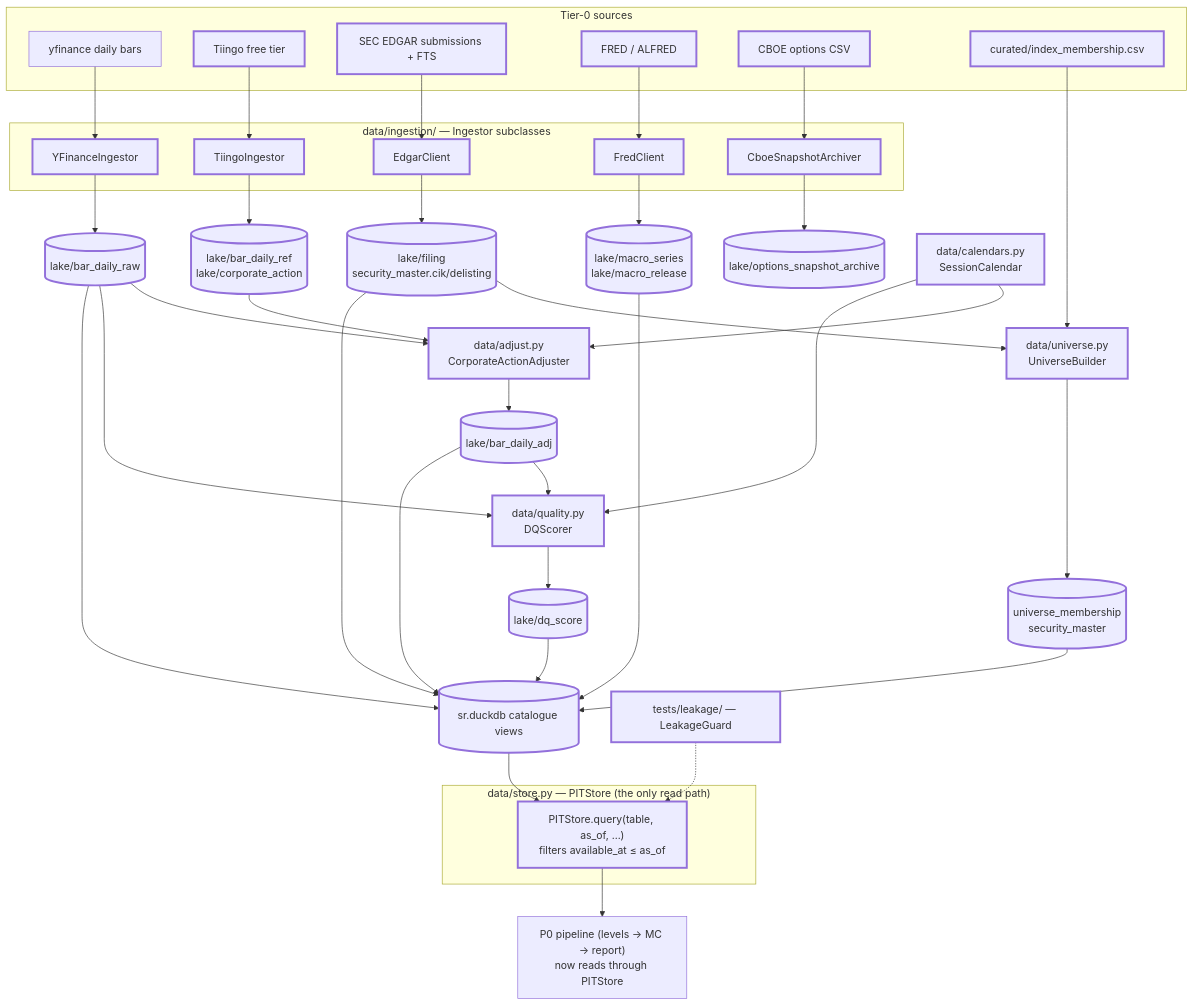
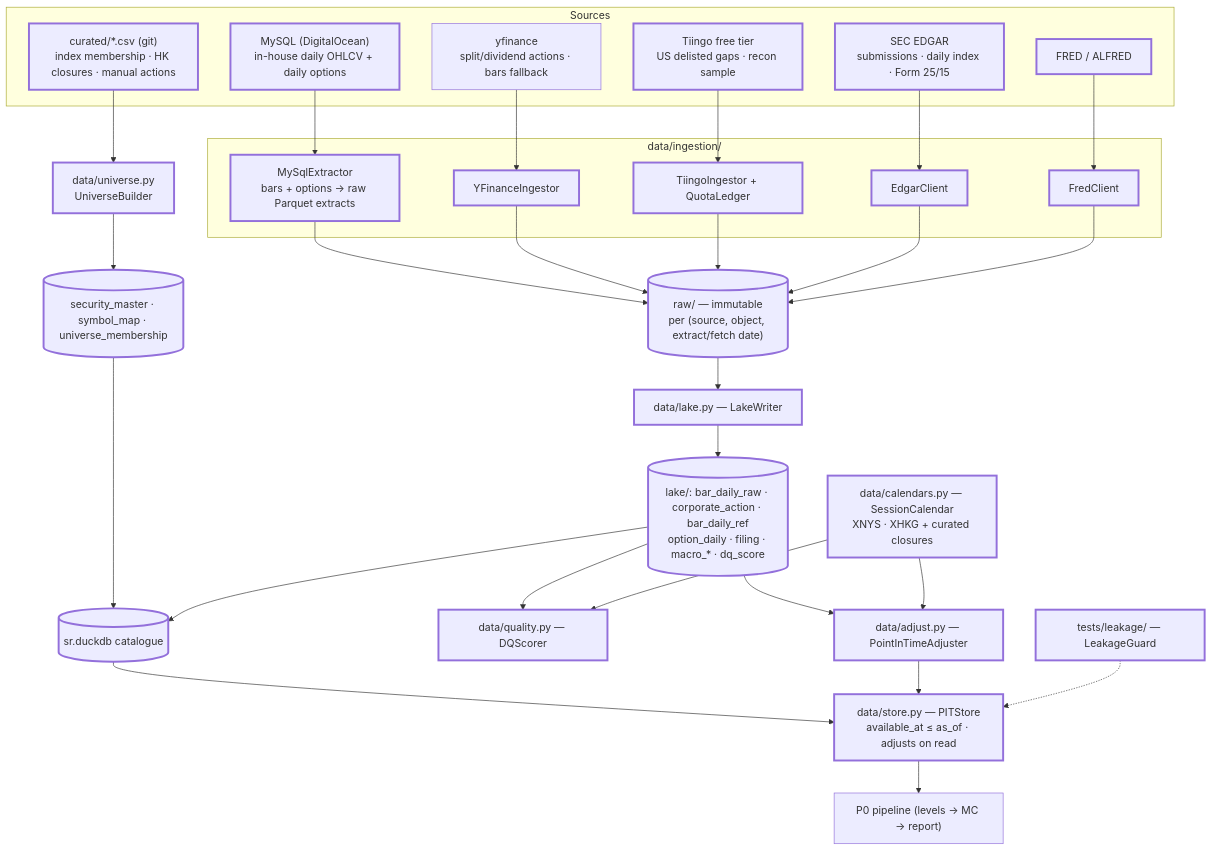
Before and after one commit to Neural-Matrix-LLC/Support-Resistance-Agent: the sixth of 29 diagrams in docs/SR_Technical_Document.md, drawn with Mermaid. The commit also changed other lines of this file and 3 other files, not shown here.

````diff
--- a/docs/SR_Technical_Document.md
+++ b/docs/SR_Technical_Document.md
@@ -650,46 +679,36 @@
 ```mermaid
 flowchart TB
-    subgraph SRC["Tier-0 sources"]
-        STOOQ["yfinance daily bars"]
-        TIINGO["Tiingo free tier"]:::new
-        EDGAR["SEC EDGAR submissions + FTS"]:::new
-        FRED["FRED / ALFRED"]:::new
-        CBOE["CBOE options CSV"]:::new
-        CUR["curated/index_membership.csv"]:::new
+    subgraph SRC["Sources"]
+        MY["MySQL (DigitalOcean)<br/>in-house daily OHLCV + daily options"]:::new
+        YF["yfinance<br/>split/dividend actions · bars fallback"]
+        TI["Tiingo free tier<br/>US delisted gaps · recon sample"]:::new
+        ED["SEC EDGAR<br/>submissions · daily index · Form 25/15"]:::new
+        FR["FRED / ALFRED"]:::new
+        CUR["curated/*.csv (git)<br/>index membership · HK closures · manual actions"]:::new
     end
-    subgraph ING["data/ingestion/ — Ingestor subclasses"]
+    subgraph ING["data/ingestion/"]
+        I0["MySqlExtractor<br/>bars + options → raw Parquet extracts"]:::new
         I1["YFinanceIngestor"]:::new
-        I2["TiingoIngestor"]:::new
+        I2["TiingoIngestor + QuotaLedger"]:::new
         I3["EdgarClient"]:::new
         I4["FredClient"]:::new
-        I5["CboeSnapshotArchiver"]:::new
     end
-    STOOQ --> I1
-    TIINGO --> I2
-    EDGAR --> I3
-    FRED --> I4
-    CBOE --> I5
-    I1 --> RAW[("lake/bar_daily_raw")]:::new
-    I2 --> REF[("lake/bar_daily_ref\nlake/corporate_action")]:::new
-    I3 --> FIL[("lake/filing\nsecurity_master.cik/delisting")]:::new
-    I4 --> MAC[("lake/macro_series\nlake/macro_release")]:::new
-    I5 --> OPT[("lake/options_snapshot_archive")]:::new
-    CUR --> UB["data/universe.py\nUniverseBuilder"]:::new
-    FIL --> UB
-    UB --> UM[("universe_membership\nsecurity_master")]:::new
-    RAW --> ADJ["data/adjust.py\nCorporateActionAdjuster"]:::new
-    REF --> ADJ
-    ADJ --> ADJT[("lake/bar_daily_adj")]:::new
-    RAW --> DQ["data/quality.py\nDQScorer"]:::new
-    ADJT --> DQ
-    DQ --> DQT[("lake/dq_score")]:::new
-    CAL["data/calendars.py\nSessionCalendar"]:::new --> ADJ
-    CAL --> DQ
-    subgraph STORE["data/store.py — PITStore (the only read path)"]
-        PIT["PITStore.query(table, as_of, …)\nfilters available_at ≤ as_of"]:::new
-    end
-    RAW & ADJT & UM & FIL & MAC & DQT --> DUCK[("sr.duckdb catalogue views")]:::new --> PIT
-    PIT --> P0["P0 pipeline (levels → MC → report)\nnow reads through PITStore"]
+    MY --> I0
+    YF --> I1
+    TI --> I2
+    ED --> I3
+    FR --> I4
+    I0 & I1 & I2 & I3 & I4 --> RAW[("raw/ — immutable<br/>per (source, object, extract/fetch date)")]:::new
+    CUR --> UB["data/universe.py<br/>UniverseBuilder"]:::new
+    RAW --> LAND["data/lake.py — LakeWriter"]:::new
+    UB --> SM[("security_master · symbol_map · universe_membership")]:::new
+    LAND --> LK[("lake/: bar_daily_raw · corporate_action · bar_daily_ref<br/>option_daily · filing · macro_* · dq_score")]:::new
+    LK --> ADJ["data/adjust.py — PointInTimeAdjuster"]:::new
+    LK --> DQ["data/quality.py — DQScorer"]:::new
+    CAL["data/calendars.py — SessionCalendar<br/>XNYS · XHKG + curated closures"]:::new --> ADJ & DQ
+    SM & LK --> DUCK[("sr.duckdb catalogue")]:::new --> PIT["data/store.py — PITStore<br/>available_at ≤ as_of · adjusts on read"]:::new
+    ADJ --> PIT
+    PIT --> P0["P0 pipeline (levels → MC → report)"]
     LEAK["tests/leakage/ — LeakageGuard"]:::new -.-> PIT
     classDef new stroke-width:3px
 ```
````
